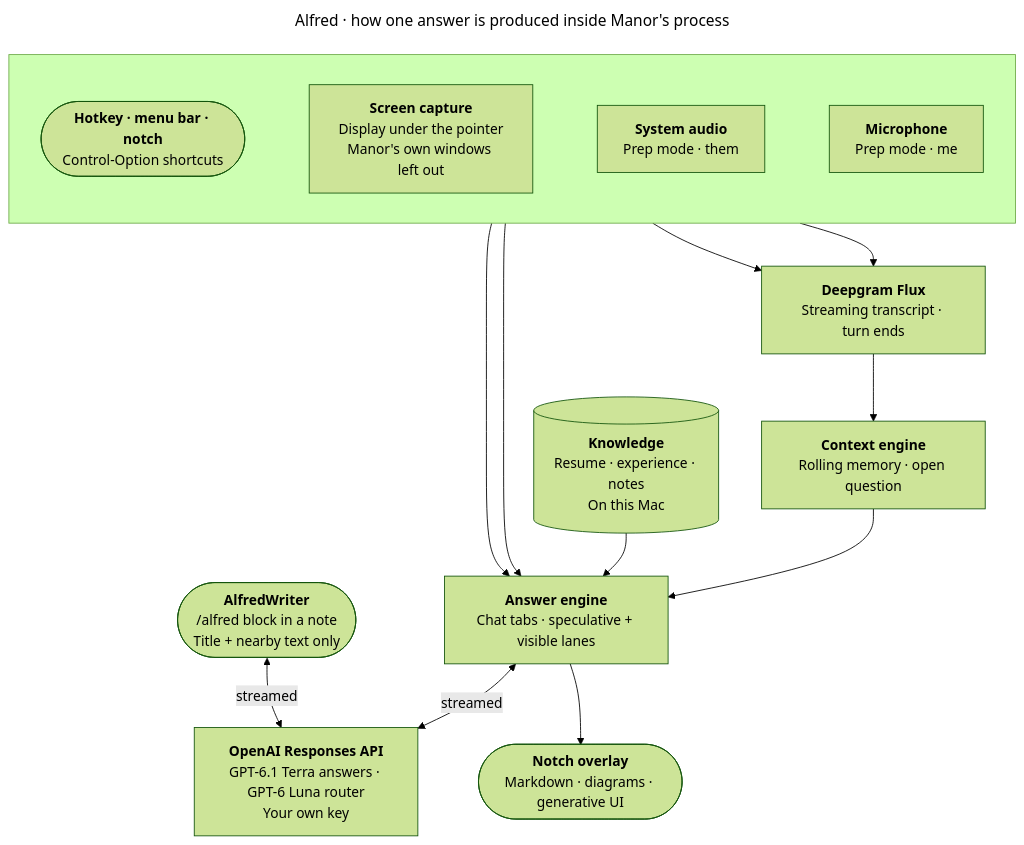
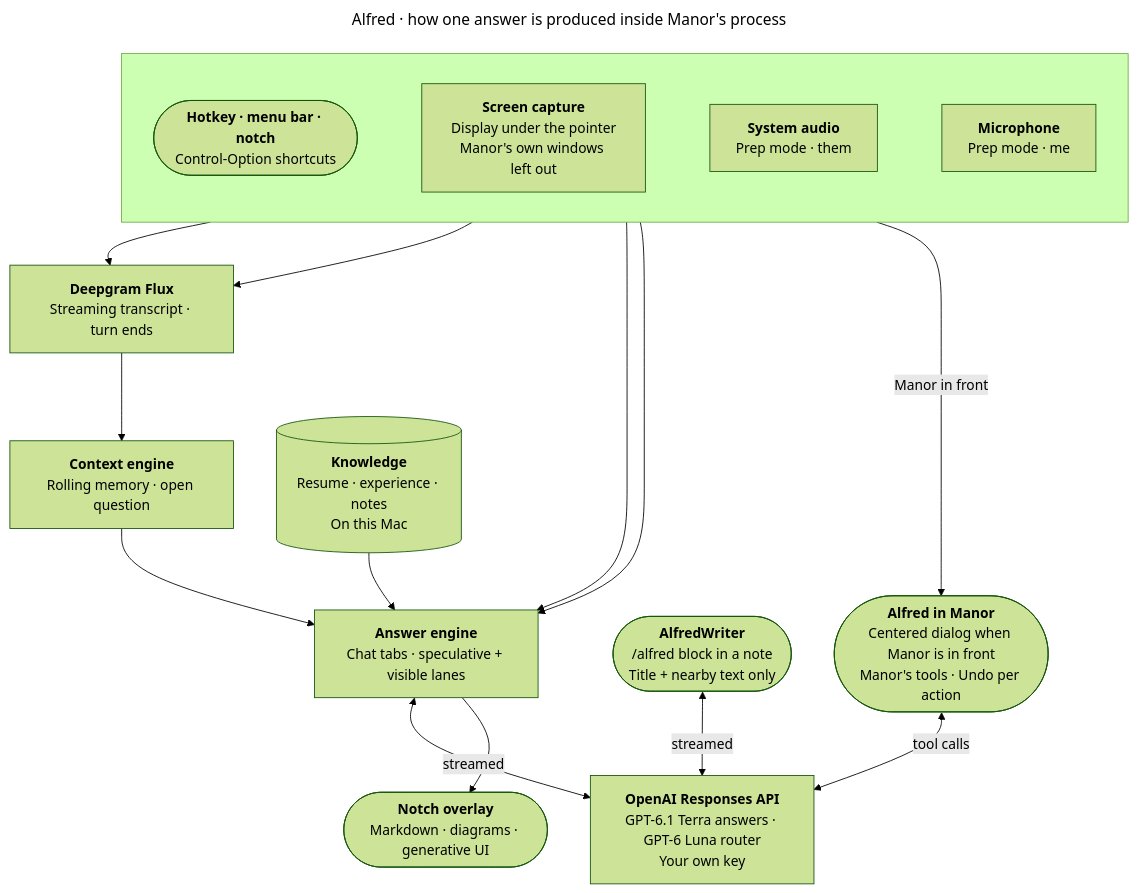
Before and after one commit to rithm84/Manor: the diagram in docs/diagrams/pele/alfred-runtime.mmd, drawn with Mermaid (forest theme). The commit also changed 7 other files, not shown here.

First line of the commit message:
Document Alfred in Manor, the /alfred composer and selection editing, and the system-style sidebar

```diff
--- a/docs/diagrams/pele/alfred-runtime.mmd
+++ b/docs/diagrams/pele/alfred-runtime.mmd
@@ -1,44 +1,49 @@
 ---
 title: Alfred · how one answer is produced inside Manor's process
 ---
 flowchart TB
   subgraph row_in [" "]
     direction LR
     hotkey(["`**Hotkey · menu bar · notch**
     Control-Option shortcuts`"]):::people
     screen["`**Screen capture**
     Display under the pointer
     Manor's own windows left out`"]:::app
     sys["`**System audio**
     Prep mode · them`"]:::app
     mic["`**Microphone**
     Prep mode · me`"]:::app
     hotkey ~~~ screen ~~~ sys ~~~ mic
   end
   flux["`**Deepgram Flux**
   Streaming transcript · turn ends`"]:::external
   context["`**Context engine**
   Rolling memory · open question`"]:::agent
   knowledge[("`**Knowledge**
   Resume · experience · notes
   On this Mac`")]:::local
   answer["`**Answer engine**
   Chat tabs · speculative + visible lanes`"]:::agent
   model["`**OpenAI Responses API**
   GPT-6.1 Terra answers · GPT-6 Luna router
   Your own key`"]:::external
   overlay(["`**Notch overlay**
   Markdown · diagrams · generative UI`"]):::app
   writer(["`**AlfredWriter**
   /alfred block in a note
   Title + nearby text only`"]):::app
+  assistant(["`**Alfred in Manor**
+  Centered dialog when Manor is in front
+  Manor's tools · Undo per action`"]):::app
 
   sys --> flux
   mic --> flux
   flux --> context --> answer
   hotkey --> answer
   screen --> answer
   knowledge --> answer
   answer <-->|streamed| model
   answer --> overlay
   writer <-->|streamed| model
+  hotkey -->|Manor in front| assistant
+  assistant <-->|tool calls| model
```
